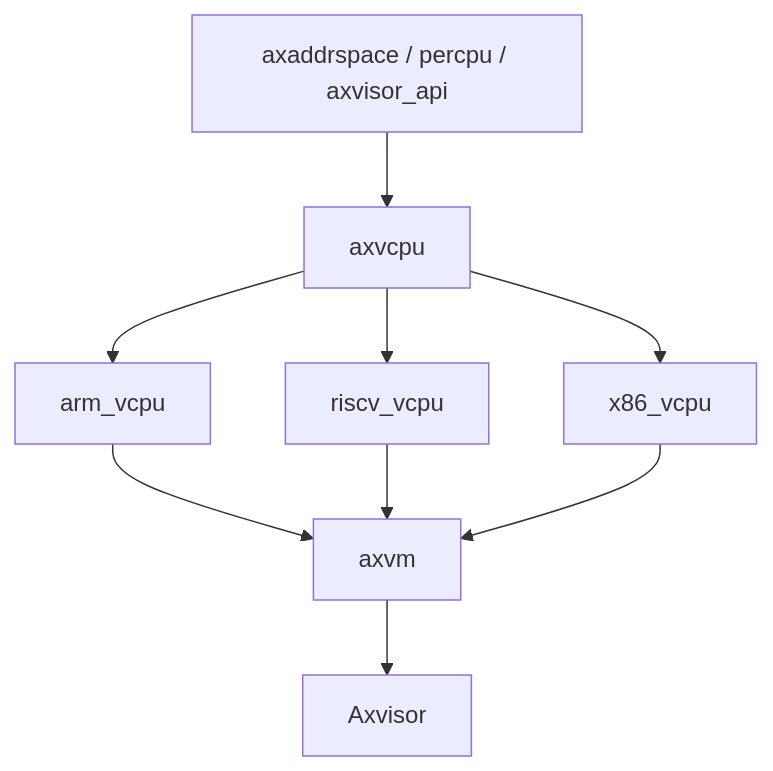
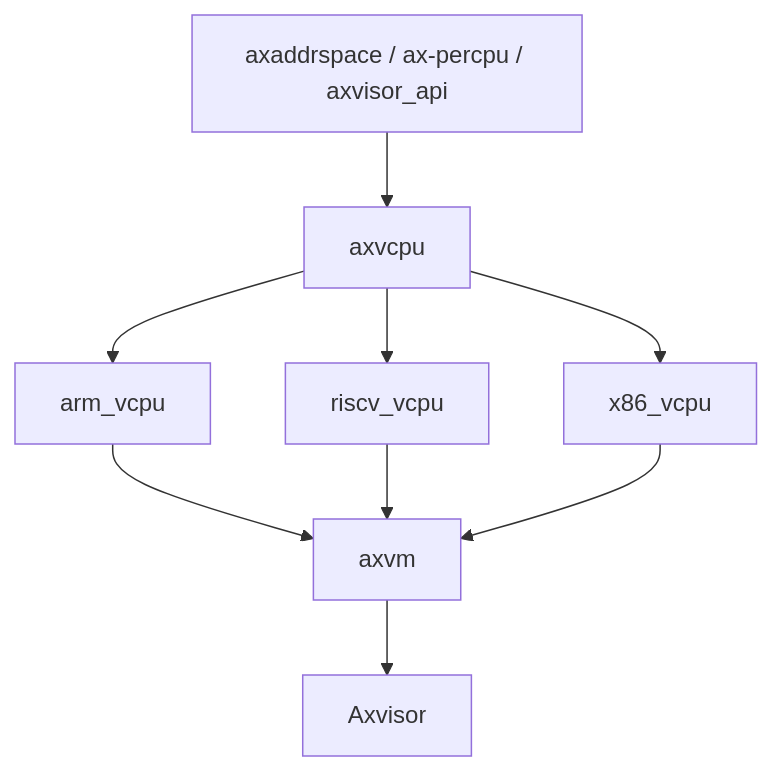
Before and after one commit to zKurisu/tgoskits: the third of 3 diagrams in docs/crates/axvcpu.md, drawn with Mermaid. The commit also changed other lines of this file and 71 other files, not shown here.

````diff
--- a/docs/crates/axvcpu.md
+++ b/docs/crates/axvcpu.md
@@ -238,11 +238,11 @@
 ```mermaid
 graph TD
-    A[axaddrspace / percpu / axvisor_api] --> B[axvcpu]
+    A[axaddrspace / ax-percpu / axvisor_api] --> B[axvcpu]
     B --> C[arm_vcpu]
     B --> D[riscv_vcpu]
     B --> E[x86_vcpu]
     C --> F[axvm]
     D --> F
     E --> F
     F --> G[Axvisor]
 ```
````
